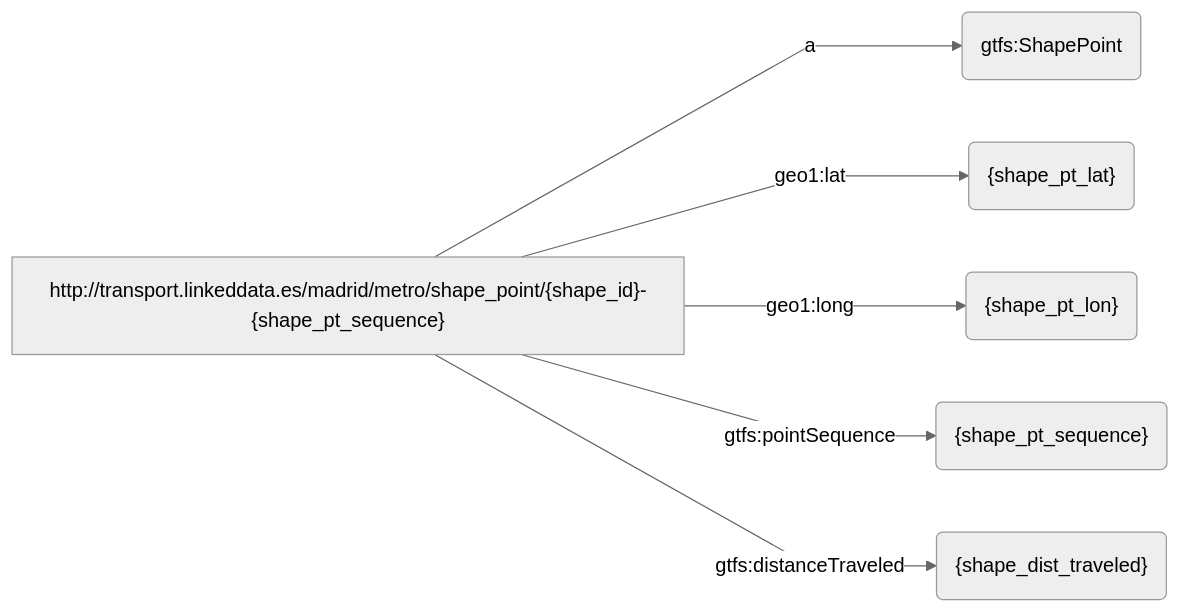
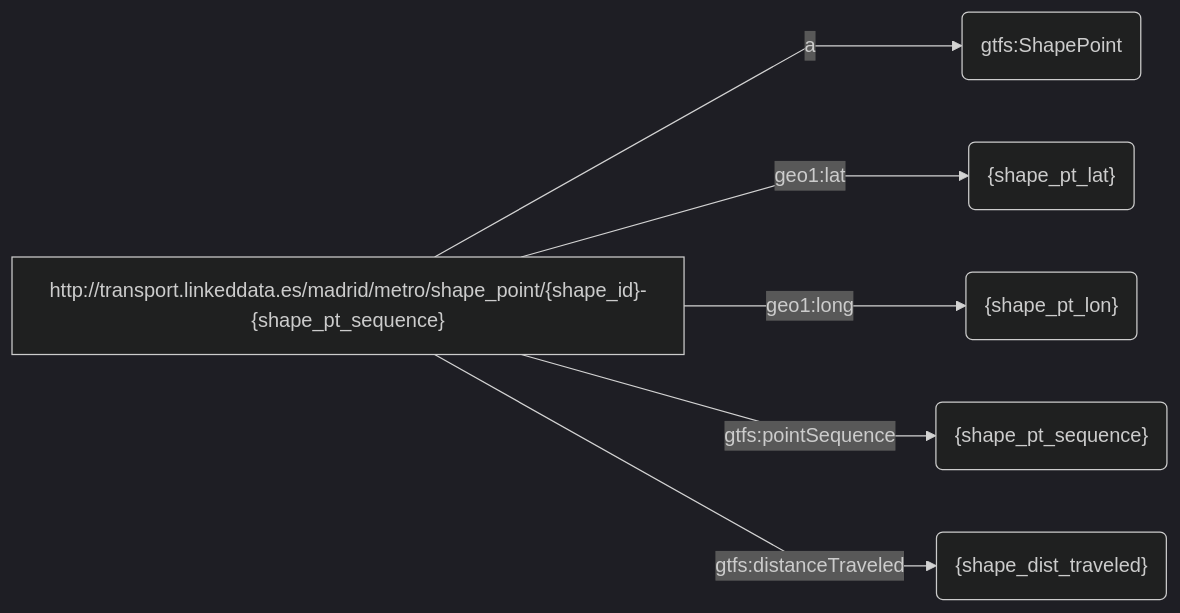
Before and after one commit to oeg-upm/rmldoc: the first of 25 diagrams in test/author/author.md, drawn with Mermaid.

````diff
--- a/test/author/author.md
+++ b/test/author/author.md
@@ -65,10 +65,10 @@
 ```mermaid
-%%{ init : { "theme" : "neutral", "flowchart" : { "curve" : "linear" }}}%%
+%%{ init : { "theme" : "dark", "flowchart" : { "curve" : "linear" }}}%%
 flowchart LR
 S["http://transport.linkeddata.es/madrid/metro/shape_point/{shape_id}-{shape_pt_sequence}"] -->|"a"| object1("gtfs:ShapePoint")
 S["http://transport.linkeddata.es/madrid/metro/shape_point/{shape_id}-{shape_pt_sequence}"] -->|"geo1:lat"| object2("{shape_pt_lat}")
 S["http://transport.linkeddata.es/madrid/metro/shape_point/{shape_id}-{shape_pt_sequence}"] -->|"geo1:long"| object3("{shape_pt_lon}")
 S["http://transport.linkeddata.es/madrid/metro/shape_point/{shape_id}-{shape_pt_sequence}"] -->|"gtfs:pointSequence"| object4("{shape_pt_sequence}")
 S["http://transport.linkeddata.es/madrid/metro/shape_point/{shape_id}-{shape_pt_sequence}"] -->|"gtfs:distanceTraveled"| object5("{shape_dist_traveled}")
     
 ``` 
````
